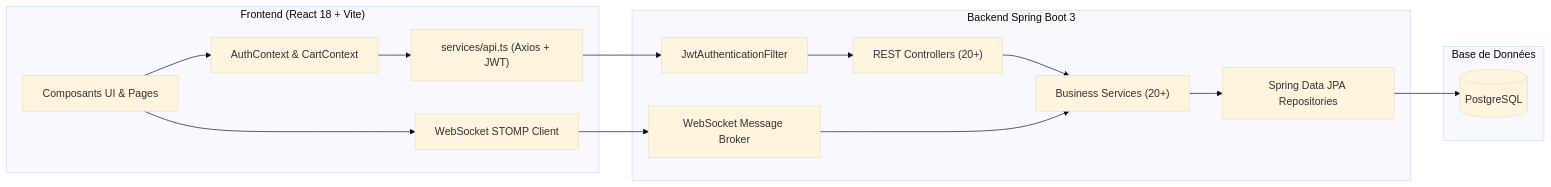
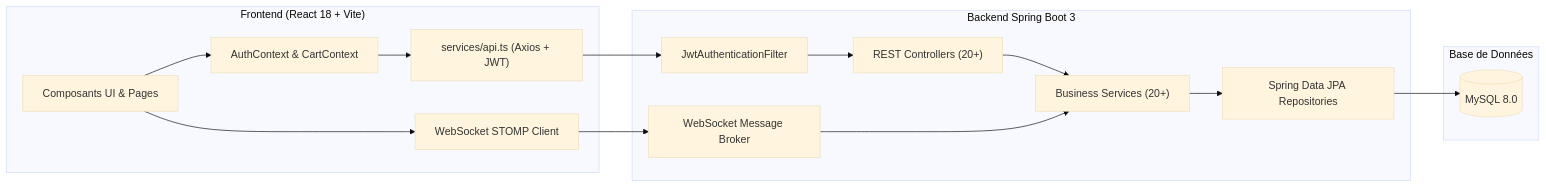
One commit to RiaTech221/revibe-flip changed the first of 3 diagrams in DOCUMENTATION_COMPLETE_REVIBE_FLIP.md. Above: the diagram before and after it, drawn with Mermaid (base theme). The commit also changed other lines of this file, not shown here.

Commit message:
docs: replace PostgreSQL references with MySQL 8.0 in DOCUMENTATION_COMPLETE_REVIBE_FLIP.md

````diff
--- a/DOCUMENTATION_COMPLETE_REVIBE_FLIP.md
+++ b/DOCUMENTATION_COMPLETE_REVIBE_FLIP.md
@@ -31,24 +31,24 @@
 ```mermaid
 flowchart LR
     subgraph Client ["Frontend (React 18 + Vite)"]
         UI["Composants UI & Pages"]
         Context["AuthContext & CartContext"]
         Axios["services/api.ts (Axios + JWT)"]
         WSClient["WebSocket STOMP Client"]
     end
 
     subgraph Server ["Backend Spring Boot 3"]
         SecFilter["JwtAuthenticationFilter"]
         Controllers["REST Controllers (20+)"]
         Services["Business Services (20+)"]
         Repos["Spring Data JPA Repositories"]
         WSHandler["WebSocket Message Broker"]
     end
 
     subgraph Database ["Base de Données"]
-        PG[("PostgreSQL")]
+        DB[("MySQL 8.0")]
     end
 
-    UI --> Context --> Axios --> SecFilter --> Controllers --> Services --> Repos --> PG
+    UI --> Context --> Axios --> SecFilter --> Controllers --> Services --> Repos --> DB
     UI --> WSClient --> WSHandler --> Services
 ```
````
